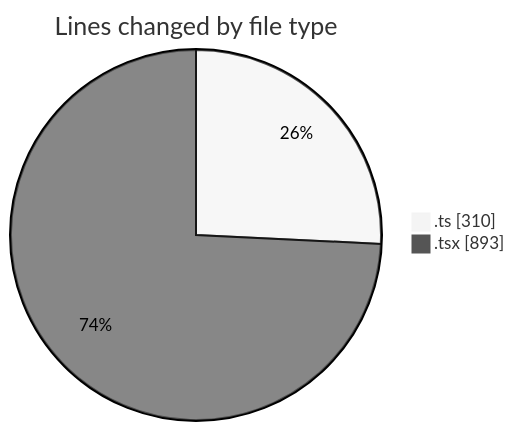
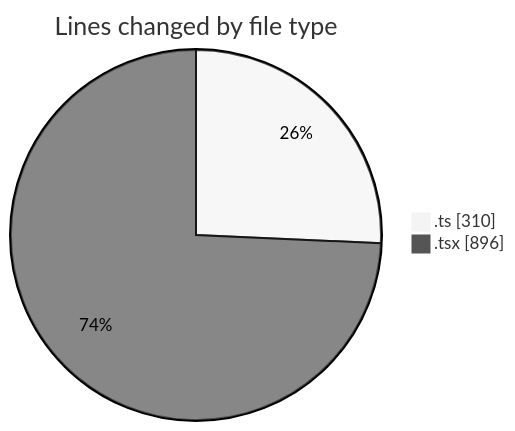
The first of 2 diagrams in 2026-09-09/cda/README.md (momahboobian/code-tracking), drawn with Mermaid (neutral theme) before and after one commit. The commit also changed other lines of this file and 1 other file, not shown here.

````diff
--- a/2026-09-09/cda/README.md
+++ b/2026-09-09/cda/README.md
@@ -30,6 +30,6 @@
 ```mermaid
 pie showData
 title Lines changed by file type
 ".ts" : 310
-".tsx" : 893
+".tsx" : 896
 ```
````
